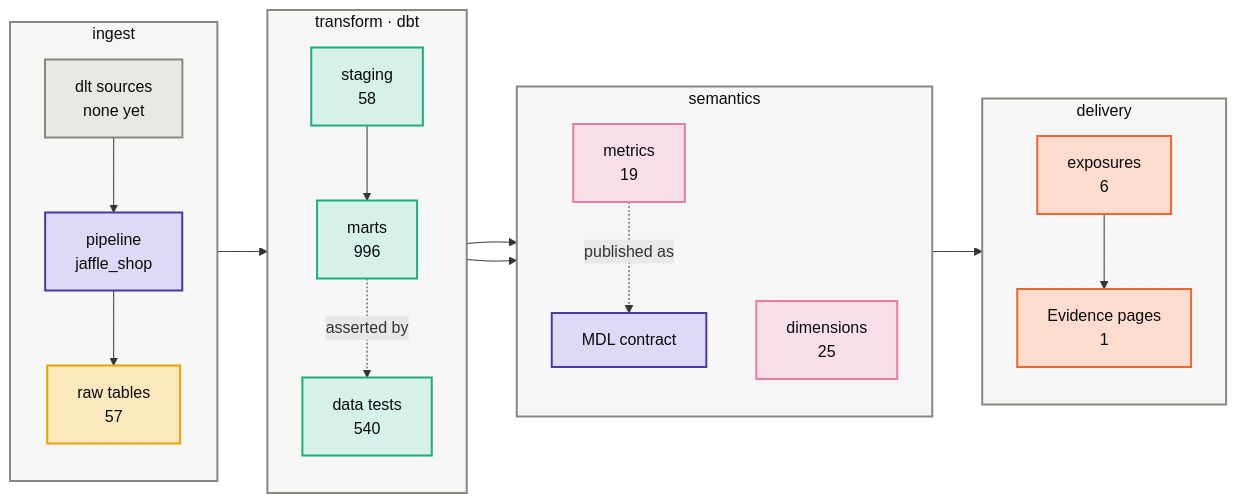
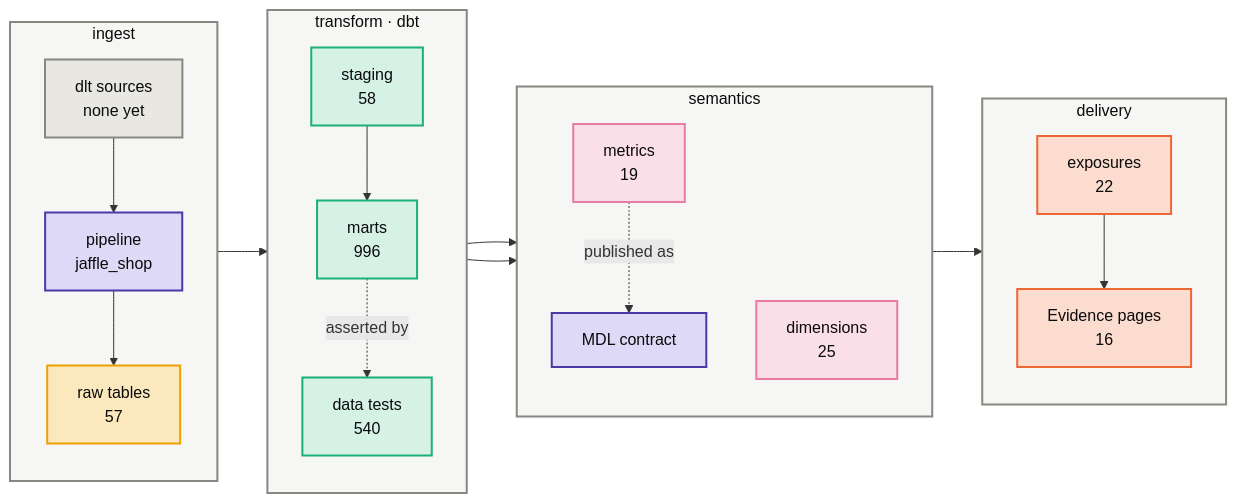
One commit to Atomz-org/data-platform changed the first of 3 diagrams in groups/jaffle/projects/jaffle-shop/kg/architecture.md. Above: the diagram before and after it, drawn with Mermaid. The commit also changed other lines of this file and 8 other files, not shown here.

````diff
--- a/groups/jaffle/projects/jaffle-shop/kg/architecture.md
+++ b/groups/jaffle/projects/jaffle-shop/kg/architecture.md
@@ -10,41 +10,41 @@
 ```mermaid
 flowchart LR
     subgraph LI["ingest"]
         direction TB
         I1["dlt sources<br/>none yet"]:::neutral
         I2["pipeline<br/>jaffle_shop"]:::platform
         I3["raw tables<br/>57"]:::raw
     end
     subgraph LT["transform · dbt"]
         direction TB
         T1["staging<br/>58"]:::model
         T2["marts<br/>996"]:::model
         T3["data tests<br/>540"]:::model
     end
     subgraph LS["semantics"]
         direction TB
         S1["metrics<br/>19"]:::metric
         S2["dimensions<br/>25"]:::metric
         S3["MDL contract"]:::platform
     end
     subgraph LD["delivery"]
         direction TB
-        D1["exposures<br/>6"]:::exposure
-        D2["Evidence pages<br/>1"]:::exposure
+        D1["exposures<br/>22"]:::exposure
+        D2["Evidence pages<br/>16"]:::exposure
     end
     I1 --> I2 --> I3 --> T1 --> T2
     T2 --> S1 --> D1 --> D2
     T2 --> S2
     S1 -.published as.-> S3
     T2 -.asserted by.-> T3
     classDef ingress fill:#cde2fb,stroke:#2a78d6,stroke-width:2px,color:#0b0b0b
     classDef platform fill:#ded9f7,stroke:#4a3aa7,stroke-width:2px,color:#0b0b0b
     classDef raw fill:#fbe8bd,stroke:#eda100,stroke-width:2px,color:#0b0b0b
     classDef model fill:#d6f2e6,stroke:#1baf7a,stroke-width:2px,color:#0b0b0b
     classDef metric fill:#fadfe8,stroke:#e87ba4,stroke-width:2px,color:#0b0b0b
     classDef exposure fill:#fbdccf,stroke:#eb6834,stroke-width:2px,color:#0b0b0b
     classDef neutral fill:#e8e7e2,stroke:#898781,stroke-width:2px,color:#0b0b0b
     classDef project fill:#e3eefc,stroke:#2a78d6,stroke-width:2px,color:#0b0b0b
     classDef lane fill:#f6f6f4,stroke:#898781,stroke-width:2px,color:#0b0b0b
     class LI,LT,LS,LD lane
 ```
````
